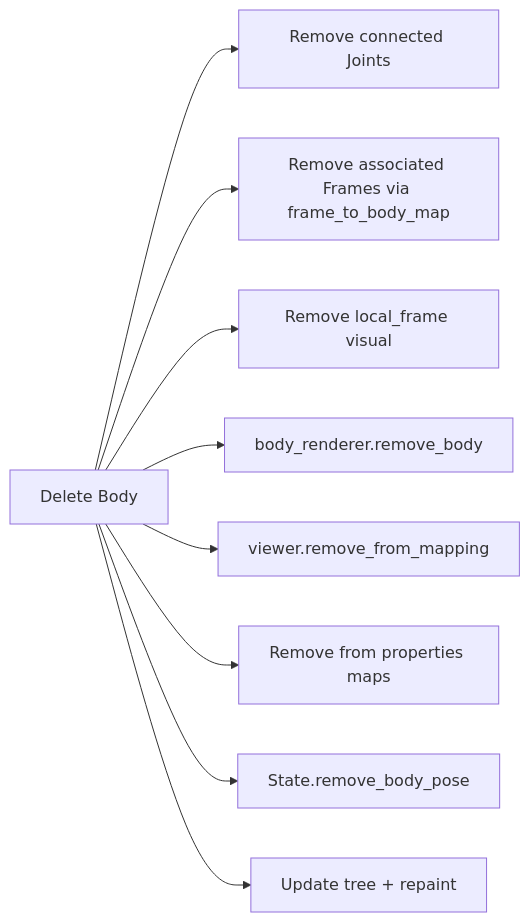
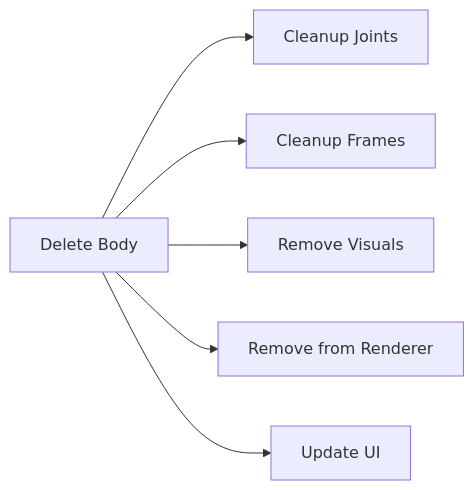
The fifth of 5 diagrams in Documentation/documentation.md (utk11/MBD-PreProcessor), drawn with Mermaid before and after one commit. The commit also changed other lines of this file, not shown here.

````diff
--- a/Documentation/documentation.md
+++ b/Documentation/documentation.md
@@ -350,11 +323,8 @@
 ```mermaid
 flowchart LR
-    A[Delete Body] --> B[Remove connected Joints]
-    A --> C[Remove associated Frames via frame_to_body_map]
-    A --> D[Remove local_frame visual]
-    A --> E[body_renderer.remove_body]
-    A --> F[viewer.remove_from_mapping]
-    A --> G[Remove from properties maps]
-    A --> H[State.remove_body_pose]
-    A --> I[Update tree + repaint]
+    A[Delete Body] --> B[Cleanup Joints]
+    A --> C[Cleanup Frames]
+    A --> D[Remove Visuals]
+    A --> E[Remove from Renderer]
+    A --> F[Update UI]
 ```
````
